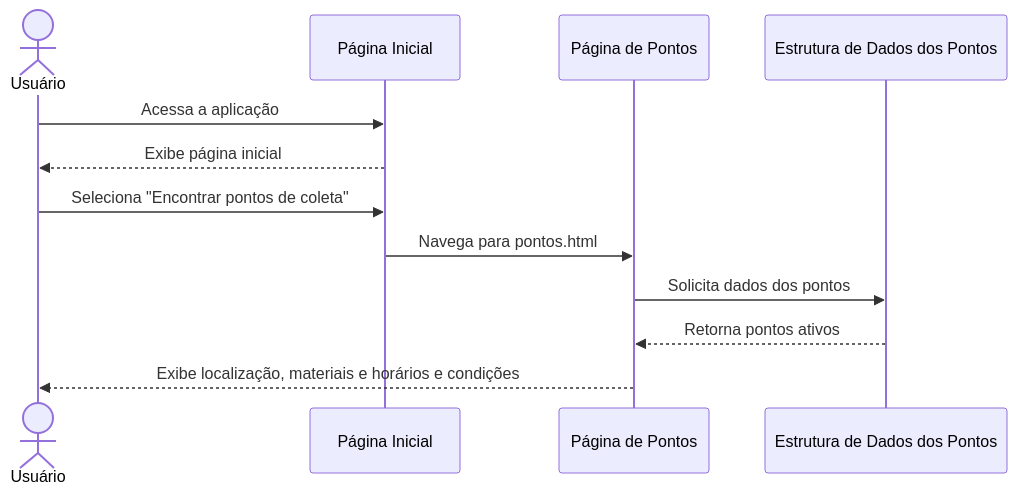
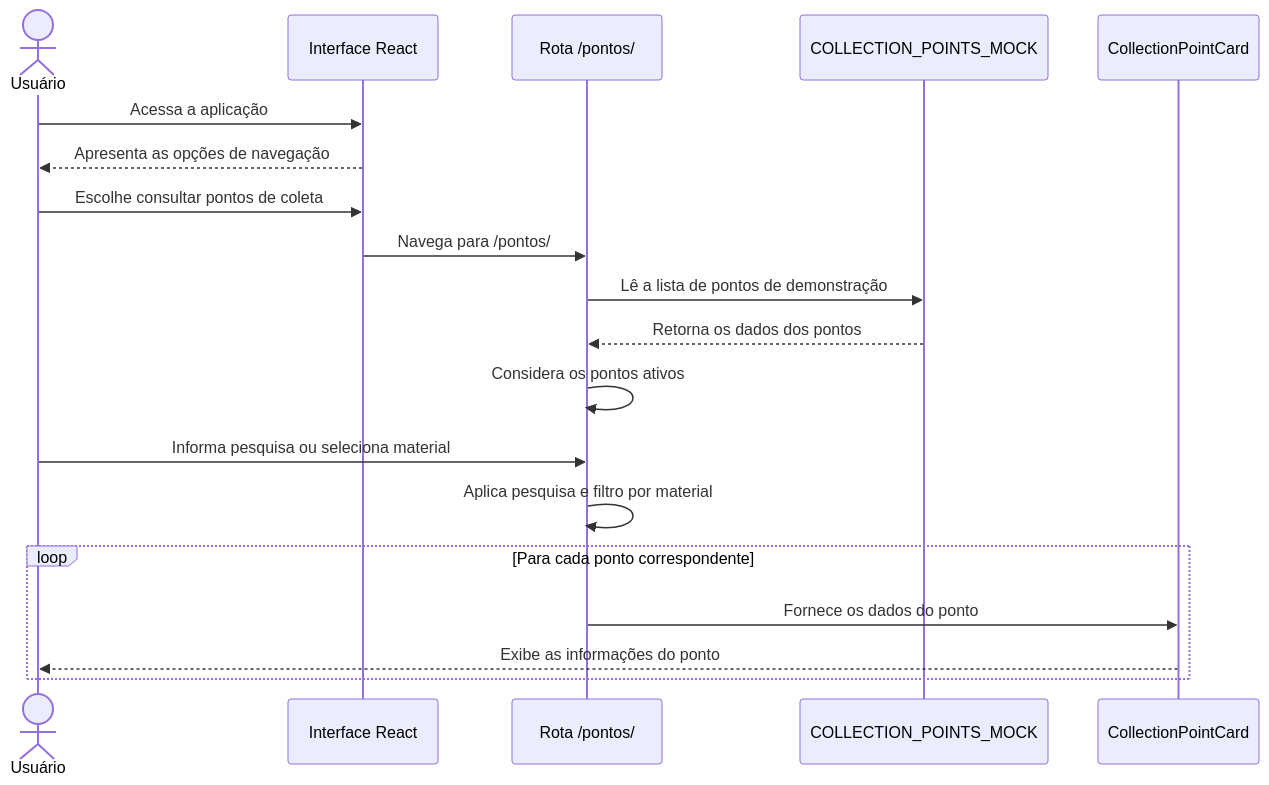
One commit to lucasensousa/coleta-mais changed the first of 2 diagrams in docs/modelagem/modelagem.md. Above: the diagram before and after it, drawn with Mermaid. The commit also changed other lines of this file and 7 other files, not shown here.

````diff
--- a/docs/modelagem/modelagem.md
+++ b/docs/modelagem/modelagem.md
@@ -15,17 +16,22 @@
 ```mermaid
 sequenceDiagram
     actor Usuario as Usuário
-    participant Inicio as Página Inicial
-    participant Pontos as Página de Pontos
-    participant Dados as Estrutura de Dados dos Pontos
+    participant Interface as Interface React
+    participant Pagina as Rota /pontos/
+    participant Dados as COLLECTION_POINTS_MOCK
+    participant Cartao as CollectionPointCard
 
-    Usuario->>Inicio: Acessa a aplicação
-    Inicio-->>Usuario: Exibe página inicial
-
-    Usuario->>Inicio: Seleciona "Encontrar pontos de coleta"
-    Inicio->>Pontos: Navega para pontos.html
-
-    Pontos->>Dados: Solicita dados dos pontos
-    Dados-->>Pontos: Retorna pontos ativos
-    Pontos-->>Usuario: Exibe localização, materiais e horários e condições
+    Usuario->>Interface: Acessa a aplicação
+    Interface-->>Usuario: Apresenta as opções de navegação
+    Usuario->>Interface: Escolhe consultar pontos de coleta
+    Interface->>Pagina: Navega para /pontos/
+    Pagina->>Dados: Lê a lista de pontos de demonstração
+    Dados-->>Pagina: Retorna os dados dos pontos
+    Pagina->>Pagina: Considera os pontos ativos
+    Usuario->>Pagina: Informa pesquisa ou seleciona material
+    Pagina->>Pagina: Aplica pesquisa e filtro por material
+    loop Para cada ponto correspondente
+        Pagina->>Cartao: Fornece os dados do ponto
+        Cartao-->>Usuario: Exibe as informações do ponto
+    end
 ```
````
